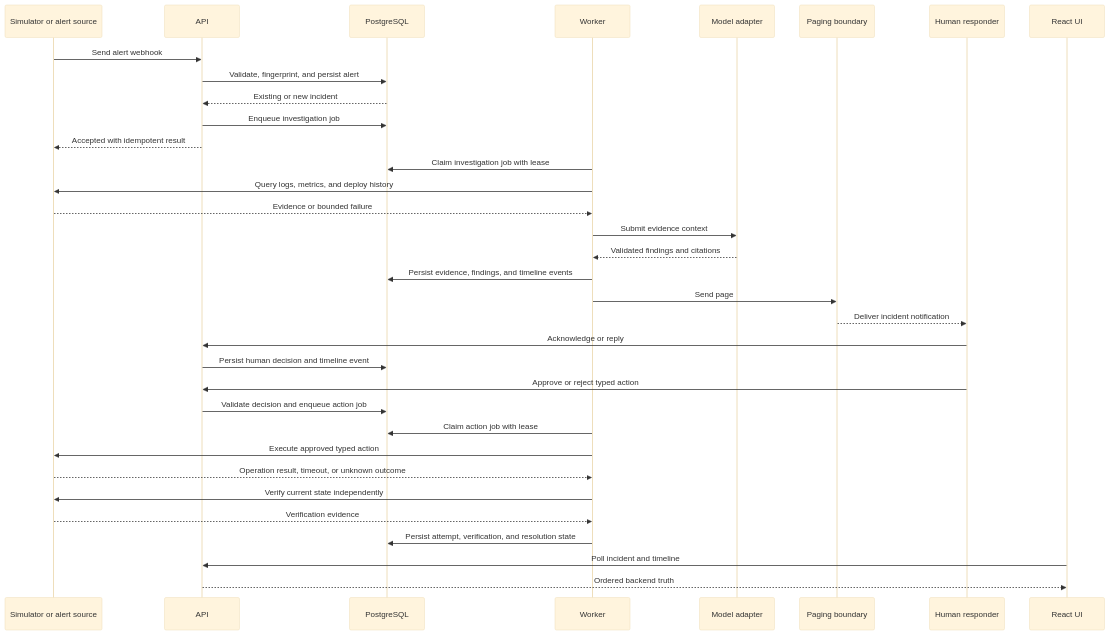
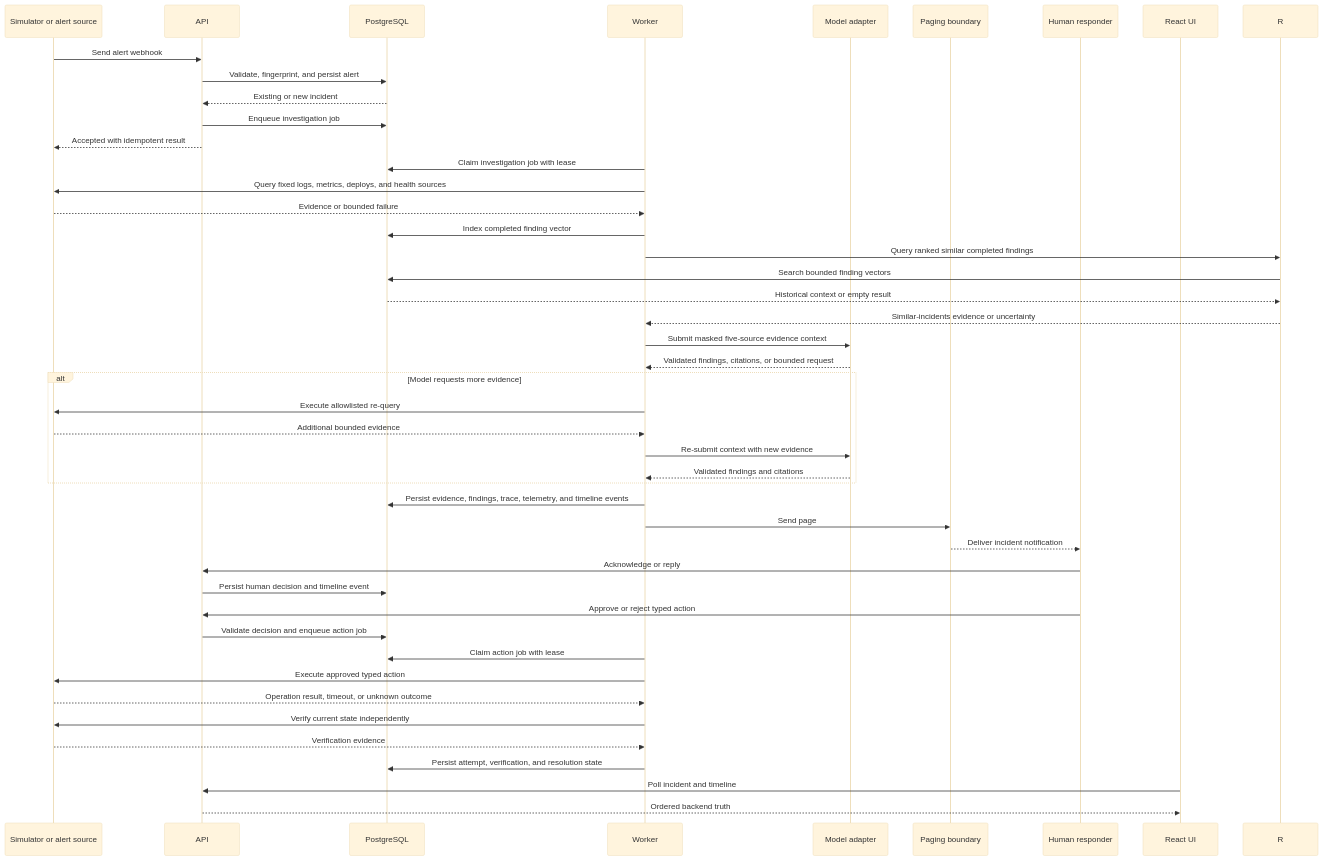
One commit to safayavatsal/hero-vired-assignment changed the diagram in _plan_docs/_lld_docs/05-runtime-sequence-flow.md. Above: the diagram before and after it, drawn with Mermaid (base theme). The commit also changed other lines of this file and 12 other files, not shown here.

Commit message:
Update architecture and local verification records

````diff
--- a/_plan_docs/_lld_docs/05-runtime-sequence-flow.md
+++ b/_plan_docs/_lld_docs/05-runtime-sequence-flow.md
@@ -5,37 +5,48 @@
 ```mermaid
 sequenceDiagram
     participant S as Simulator or alert source
     participant A as API
     participant D as PostgreSQL
     participant W as Worker
     participant M as Model adapter
     participant P as Paging boundary
     participant H as Human responder
     participant U as React UI
 
     S->>A: Send alert webhook
     A->>D: Validate, fingerprint, and persist alert
     D-->>A: Existing or new incident
     A->>D: Enqueue investigation job
     A-->>S: Accepted with idempotent result
     W->>D: Claim investigation job with lease
-    W->>S: Query logs, metrics, and deploy history
+    W->>S: Query fixed logs, metrics, deploys, and health sources
     S-->>W: Evidence or bounded failure
-    W->>M: Submit evidence context
-    M-->>W: Validated findings and citations
-    W->>D: Persist evidence, findings, and timeline events
+    W->>D: Index completed finding vector
+    W->>R: Query ranked similar completed findings
+    R->>D: Search bounded finding vectors
+    D-->>R: Historical context or empty result
+    R-->>W: Similar-incidents evidence or uncertainty
+    W->>M: Submit masked five-source evidence context
+    M-->>W: Validated findings, citations, or bounded request
+    alt Model requests more evidence
+        W->>S: Execute allowlisted re-query
+        S-->>W: Additional bounded evidence
+        W->>M: Re-submit context with new evidence
+        M-->>W: Validated findings and citations
+    end
+    W->>D: Persist evidence, findings, trace, telemetry, and timeline events
     W->>P: Send page
     P-->>H: Deliver incident notification
     H->>A: Acknowledge or reply
     A->>D: Persist human decision and timeline event
     H->>A: Approve or reject typed action
     A->>D: Validate decision and enqueue action job
     W->>D: Claim action job with lease
     W->>S: Execute approved typed action
     S-->>W: Operation result, timeout, or unknown outcome
     W->>S: Verify current state independently
     S-->>W: Verification evidence
     W->>D: Persist attempt, verification, and resolution state
     U->>A: Poll incident and timeline
     A-->>U: Ordered backend truth
 ```
````
